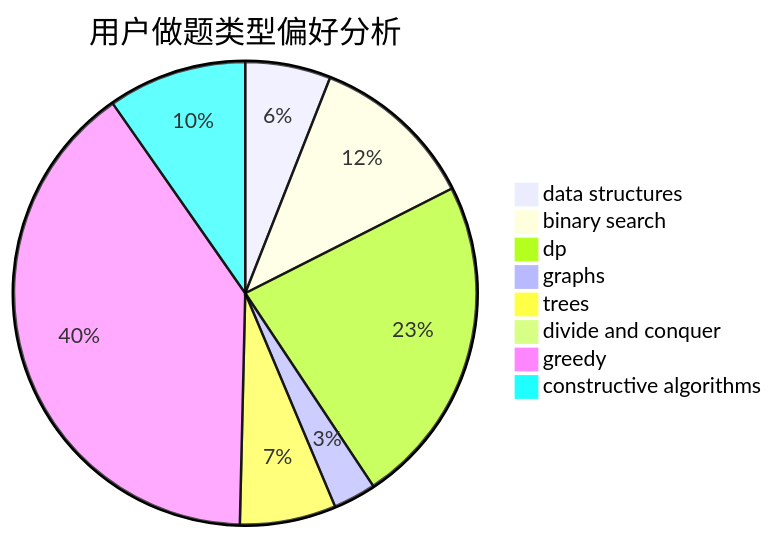
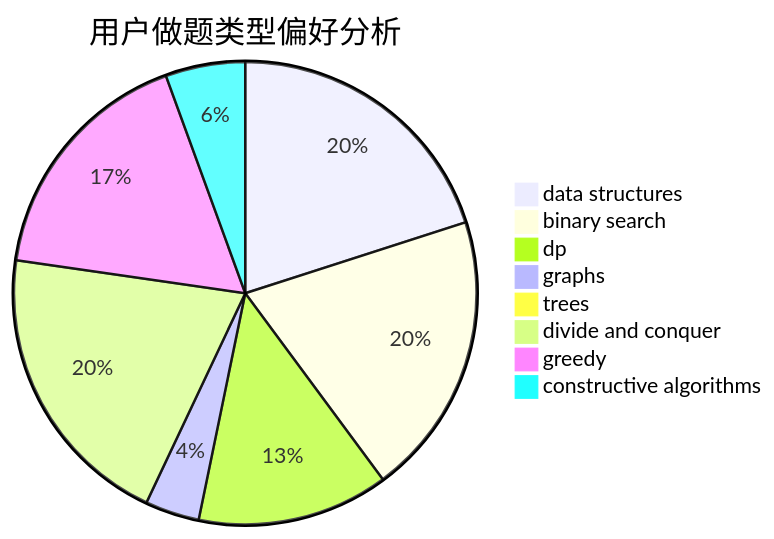
One commit to sherpahu/cfrs.github.io changed the second of 3 diagrams in docs/user/u963.md. Above: the diagram before and after it, drawn with Mermaid. The commit also changed other lines of this file and 2770 other files, not shown here.

````diff
--- a/docs/user/u963.md
+++ b/docs/user/u963.md
@@ -23,11 +23,11 @@
 ```mermaid
 pie title 用户做题类型偏好分析
-    "data structures" :  16
-    "binary search" :  31
-    "dp" :  62
-    "graphs" :  8
-    "trees" :  18
-    "divide and conquer" :  0
-    "greedy" :  107
-    "constructive algorithms" :  26
+    "data structures" :  90
+    "binary search" :  89
+    "dp" :  60
+    "graphs" :  17
+    "trees" :  2
+    "divide and conquer" :  91
+    "greedy" :  77
+    "constructive algorithms" :  25
 ```
````
